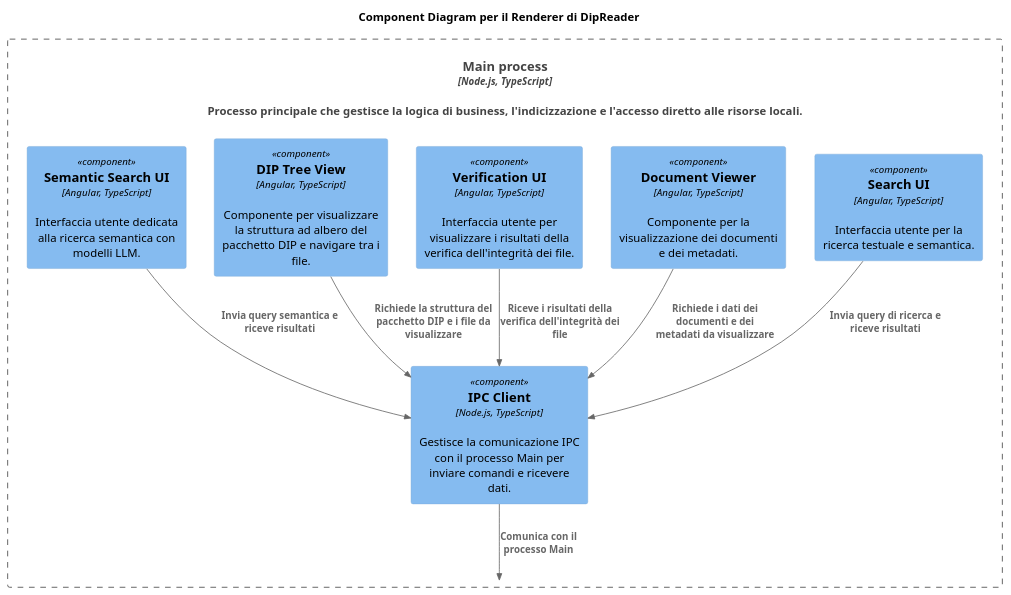
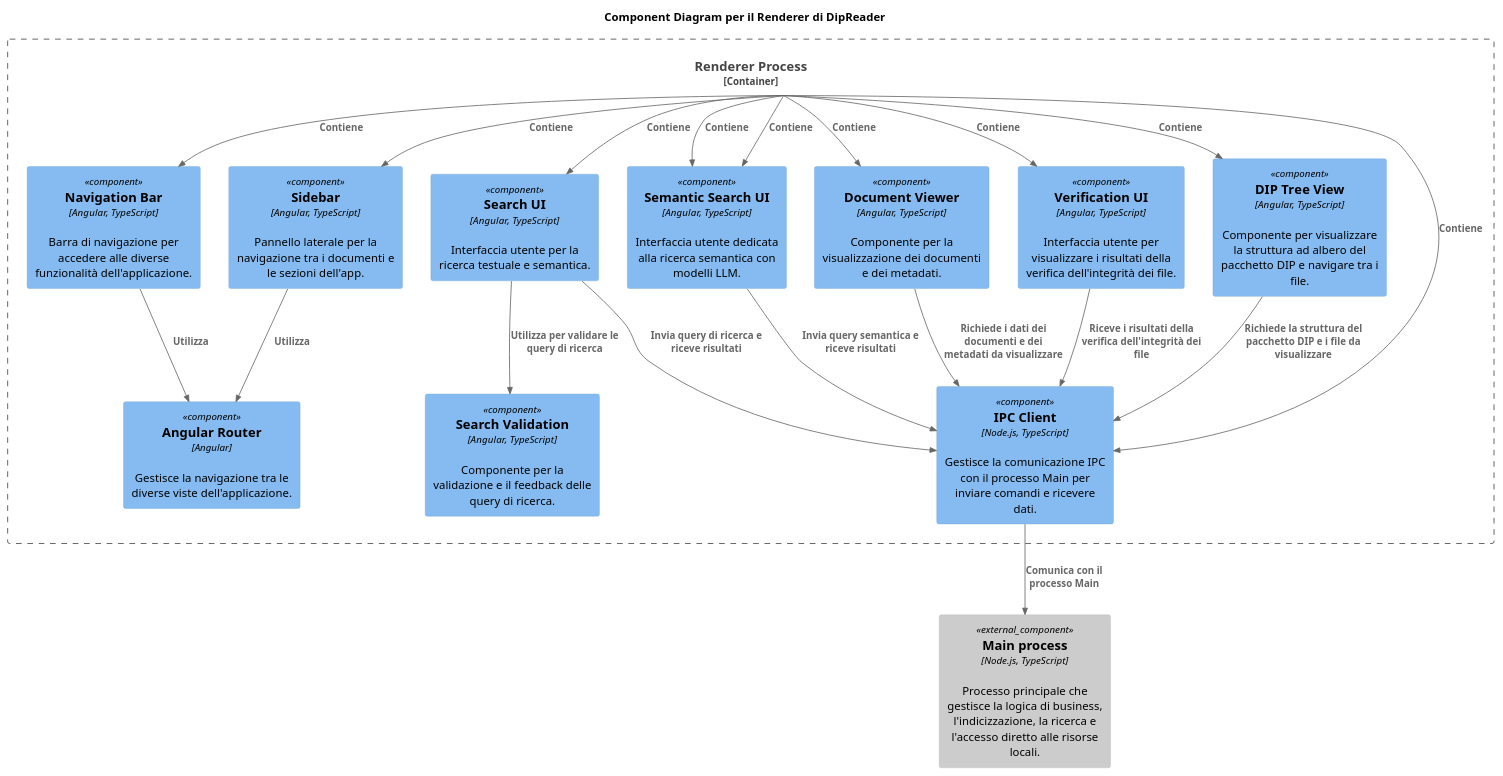
Before and after one commit to 7-ZPUs/Docs: the diagram in 3_PB/SpecificaTecnica/c3_2.puml, drawn with PlantUML.

Commit message:
WIP Angular Version

```diff
--- a/3_PB/SpecificaTecnica/c3_2.puml
+++ b/3_PB/SpecificaTecnica/c3_2.puml
@@ -1,23 +1,48 @@
 @startuml
 !include https://raw.githubusercontent.com/plantuml-stdlib/C4-PlantUML/master/C4_Component.puml
 title Component Diagram per il Renderer di DipReader
 
-Component_Ext(main, "Main process", "Node.js, TypeScript", "Processo principale che gestisce la logica di business, l'indicizzazione e l'accesso diretto alle risorse locali.")
 
-Container_Boundary(main, "Renderer Process") {
+Container_Boundary(renderer, "Renderer Process") {
+    Component(nav_bar, "Navigation Bar", "Angular, TypeScript", "Barra di navigazione per accedere alle diverse funzionalità dell'applicazione.")
+    Component(side_bar, "Sidebar", "Angular, TypeScript", "Pannello laterale per la navigazione tra i documenti e le sezioni dell'app.")
+
     Component(search_ui, "Search UI", "Angular, TypeScript", "Interfaccia utente per la ricerca testuale e semantica.")
+    Component(search_validation, "Search Validation", "Angular, TypeScript", "Componente per la validazione e il feedback delle query di ricerca.")
+    Component(sema_search_ui, "Semantic Search UI", "Angular, TypeScript", "Interfaccia utente dedicata alla ricerca semantica con modelli LLM.")
+    
     Component(document_viewer, "Document Viewer", "Angular, TypeScript", "Componente per la visualizzazione dei documenti e dei metadati.")
     Component(ipc_client, "IPC Client", "Node.js, TypeScript", "Gestisce la comunicazione IPC con il processo Main per inviare comandi e ricevere dati.")
     Component(verification_ui, "Verification UI", "Angular, TypeScript", "Interfaccia utente per visualizzare i risultati della verifica dell'integrità dei file.")
     Component(dip_tree_view, "DIP Tree View", "Angular, TypeScript", "Componente per visualizzare la struttura ad albero del pacchetto DIP e navigare tra i file.")
     Component(sema_search_ui, "Semantic Search UI", "Angular, TypeScript", "Interfaccia utente dedicata alla ricerca semantica con modelli LLM.")
-    }
+
+    Component(router, "Angular Router", "Angular", "Gestisce la navigazione tra le diverse viste dell'applicazione.")
+}
+
+Component_Ext(main, "Main process", "Node.js, TypeScript", "Processo principale che gestisce la logica di business, l'indicizzazione, la ricerca e l'accesso diretto alle risorse locali.")
+
+
+Rel(renderer, nav_bar, "Contiene")
+Rel(renderer, side_bar, "Contiene")
+Rel(renderer, search_ui, "Contiene")
+Rel(renderer, sema_search_ui, "Contiene")
+Rel(renderer, document_viewer, "Contiene")
+Rel(renderer, ipc_client, "Contiene")
+Rel(renderer, verification_ui, "Contiene")
+Rel(renderer, dip_tree_view, "Contiene")
+Rel(renderer, sema_search_ui, "Contiene")
+
+Rel(nav_bar, router, "Utilizza")
+Rel(side_bar, router, "Utilizza")
+
+Rel(search_ui, search_validation, "Utilizza per validare le query di ricerca")
 
 Rel(ipc_client, main, "Comunica con il processo Main")
 Rel(search_ui, ipc_client, "Invia query di ricerca e riceve risultati")
 Rel(document_viewer, ipc_client, "Richiede i dati dei documenti e dei metadati da visualizzare")
 Rel(verification_ui, ipc_client, "Riceve i risultati della verifica dell'integrità dei file")
 Rel(dip_tree_view, ipc_client, "Richiede la struttura del pacchetto DIP e i file da visualizzare")
 Rel(sema_search_ui, ipc_client, "Invia query semantica e riceve risultati")
 
 @enduml
```
